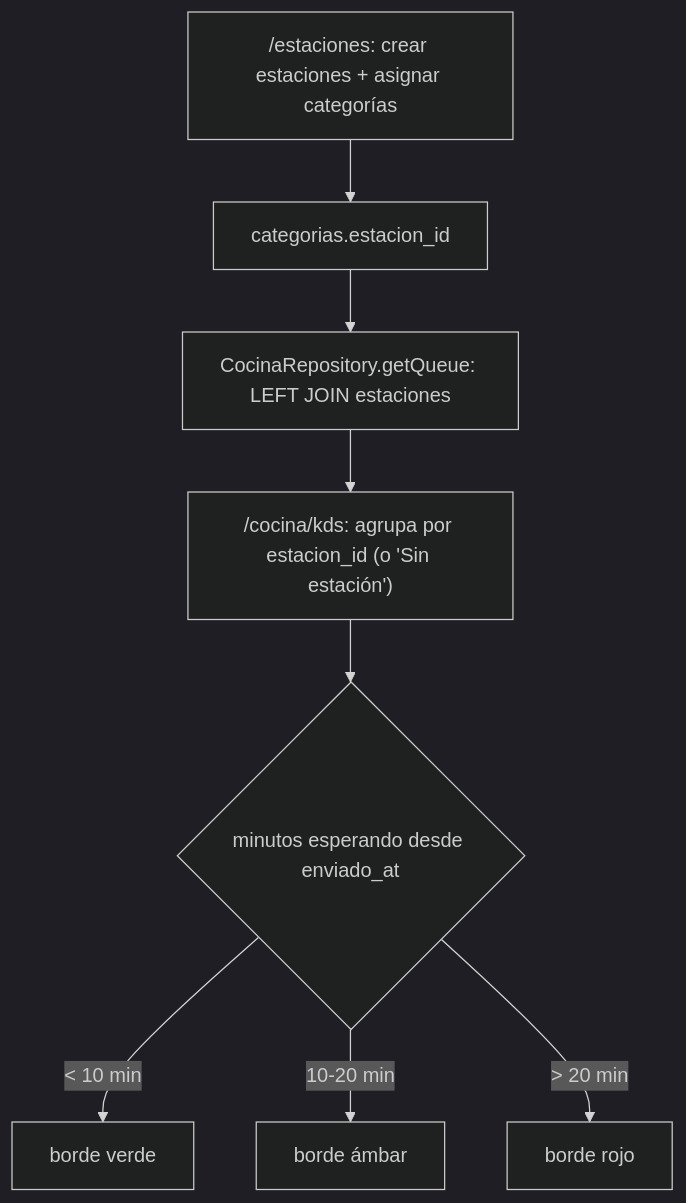
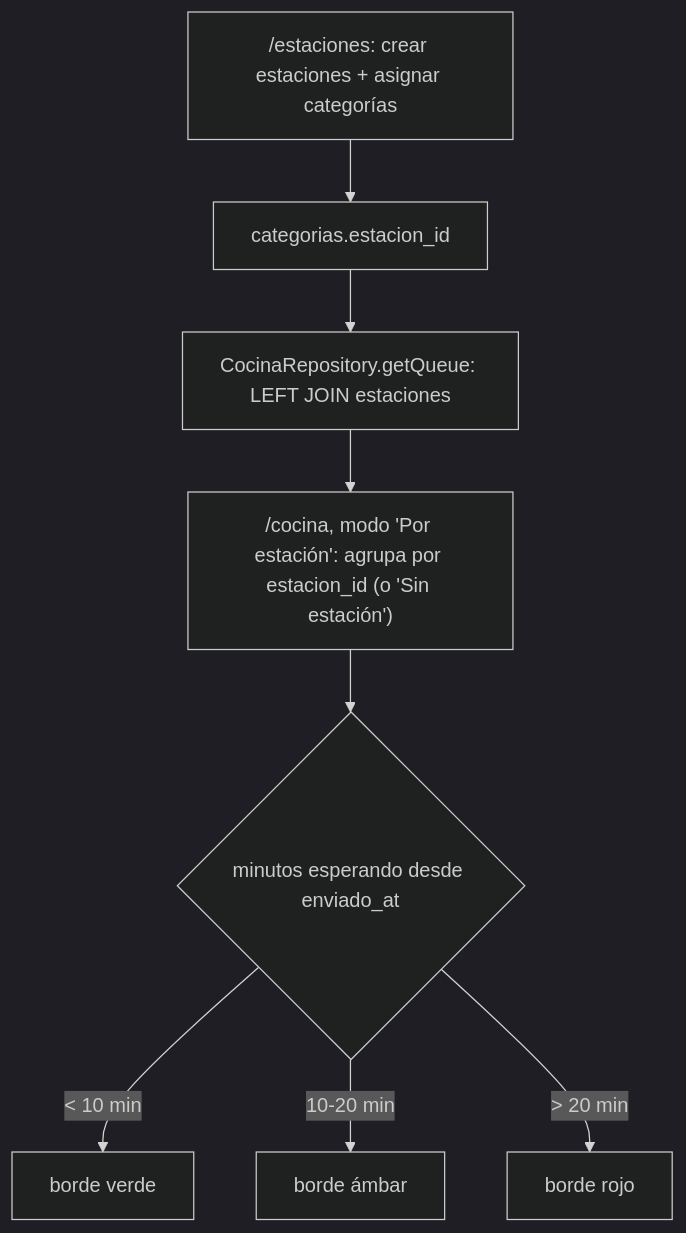
One commit to safesotfwaresolutions/GastroFlow changed the diagram in docs/modulos/15_kds_estaciones.md. Above: the diagram before and after it, drawn with Mermaid (dark theme). The commit also changed other lines of this file and 11 other files, not shown here.

Commit message:
feat: add cocina module with KDS station views, styles, controller, and routes

````diff
--- a/docs/modulos/15_kds_estaciones.md
+++ b/docs/modulos/15_kds_estaciones.md
@@ -30,10 +33,10 @@
 ```mermaid
 graph TD
     A["/estaciones: crear estaciones + asignar categorías"] --> B["categorias.estacion_id"]
     B --> C["CocinaRepository.getQueue: LEFT JOIN estaciones"]
-    C --> D["/cocina/kds: agrupa por estacion_id (o 'Sin estación')"]
+    C --> D["/cocina, modo 'Por estación': agrupa por estacion_id (o 'Sin estación')"]
     D --> E{"minutos esperando desde enviado_at"}
     E -->|"< 10 min"| F["borde verde"]
     E -->|"10-20 min"| G["borde ámbar"]
     E -->|"> 20 min"| H["borde rojo"]
 ```
````
